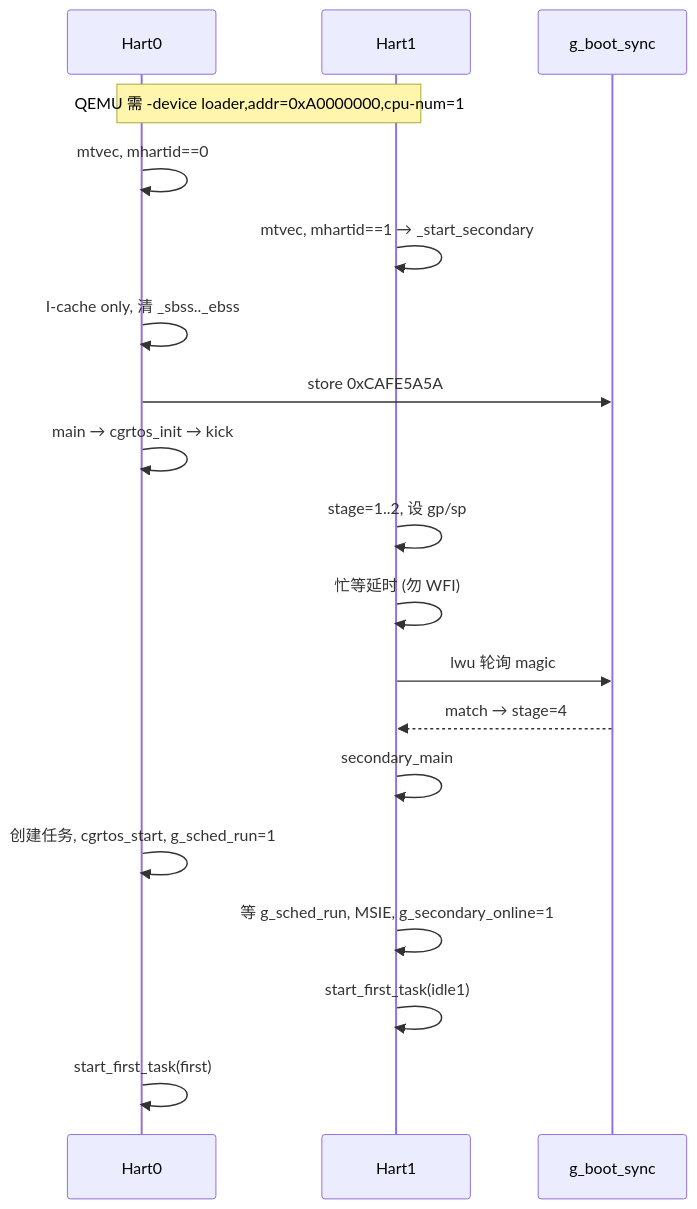
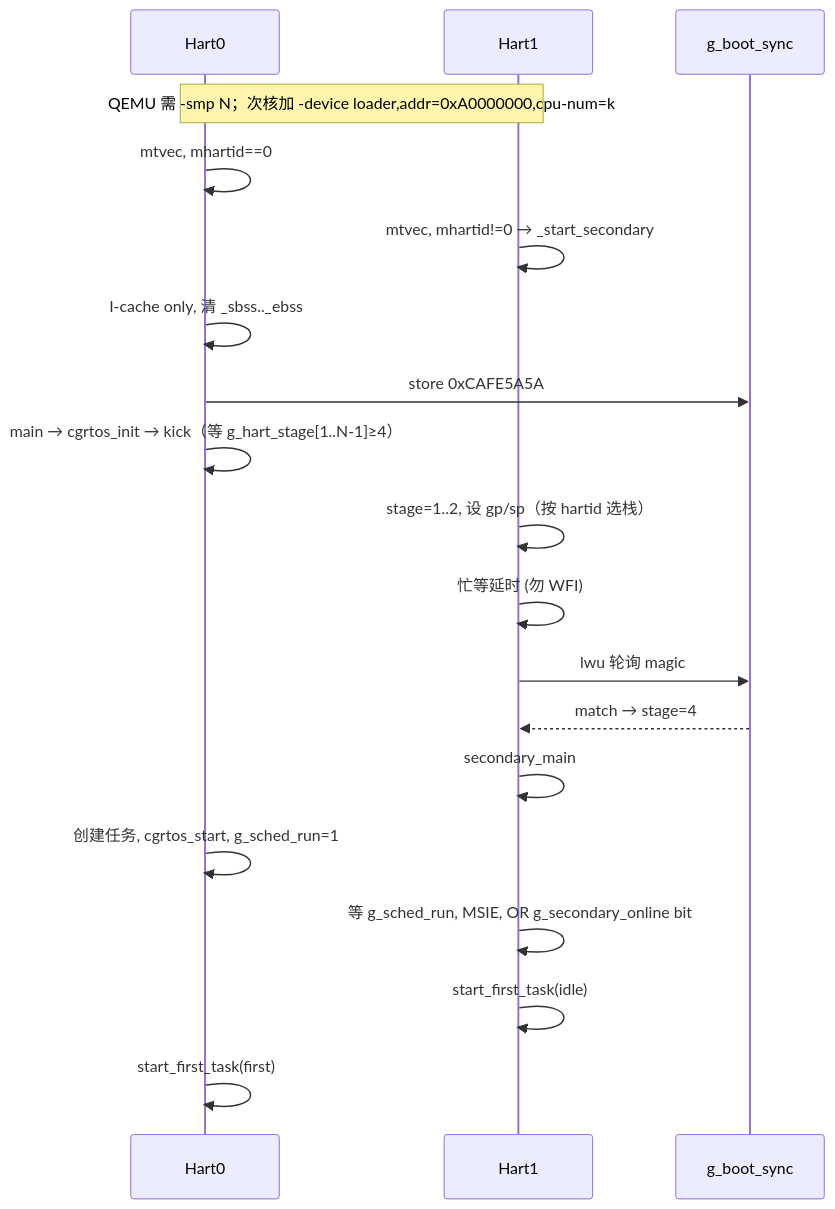
One commit to Juilletioi/cgrtos changed the third of 9 diagrams in docs/ARCHITECTURE.md. Above: the diagram before and after it, drawn with Mermaid. The commit also changed other lines of this file and 27 other files, not shown here.

````diff
--- a/docs/ARCHITECTURE.md
+++ b/docs/ARCHITECTURE.md
@@ -69,23 +100,23 @@
 ```mermaid
 sequenceDiagram
   participant H0 as Hart0
   participant H1 as Hart1
   participant DRAM as g_boot_sync
 
-  Note over H0,H1: QEMU 需 -device loader,addr=0xA0000000,cpu-num=1
+  Note over H0,H1: QEMU 需 -smp N；次核加 -device loader,addr=0xA0000000,cpu-num=k
 
   H0->>H0: mtvec, mhartid==0
-  H1->>H1: mtvec, mhartid==1 → _start_secondary
+  H1->>H1: mtvec, mhartid!=0 → _start_secondary
   H0->>H0: I-cache only, 清 _sbss.._ebss
   H0->>DRAM: store 0xCAFE5A5A
-  H0->>H0: main → cgrtos_init → kick
-  H1->>H1: stage=1..2, 设 gp/sp
+  H0->>H0: main → cgrtos_init → kick（等 g_hart_stage[1..N-1]≥4）
+  H1->>H1: stage=1..2, 设 gp/sp（按 hartid 选栈）
   H1->>H1: 忙等延时 (勿 WFI)
   H1->>DRAM: lwu 轮询 magic
   DRAM-->>H1: match → stage=4
   H1->>H1: secondary_main
   H0->>H0: 创建任务, cgrtos_start, g_sched_run=1
-  H1->>H1: 等 g_sched_run, MSIE, g_secondary_online=1
-  H1->>H1: start_first_task(idle1)
+  H1->>H1: 等 g_sched_run, MSIE, OR g_secondary_online bit
+  H1->>H1: start_first_task(idle)
   H0->>H0: start_first_task(first)
 ```
````
